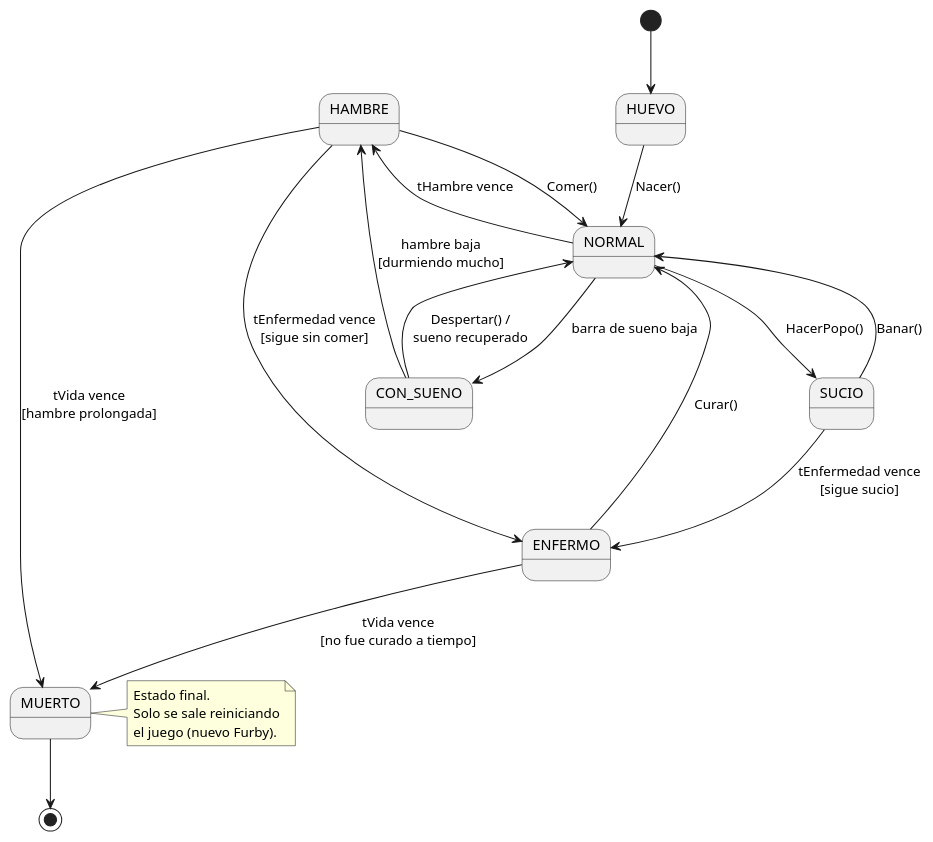
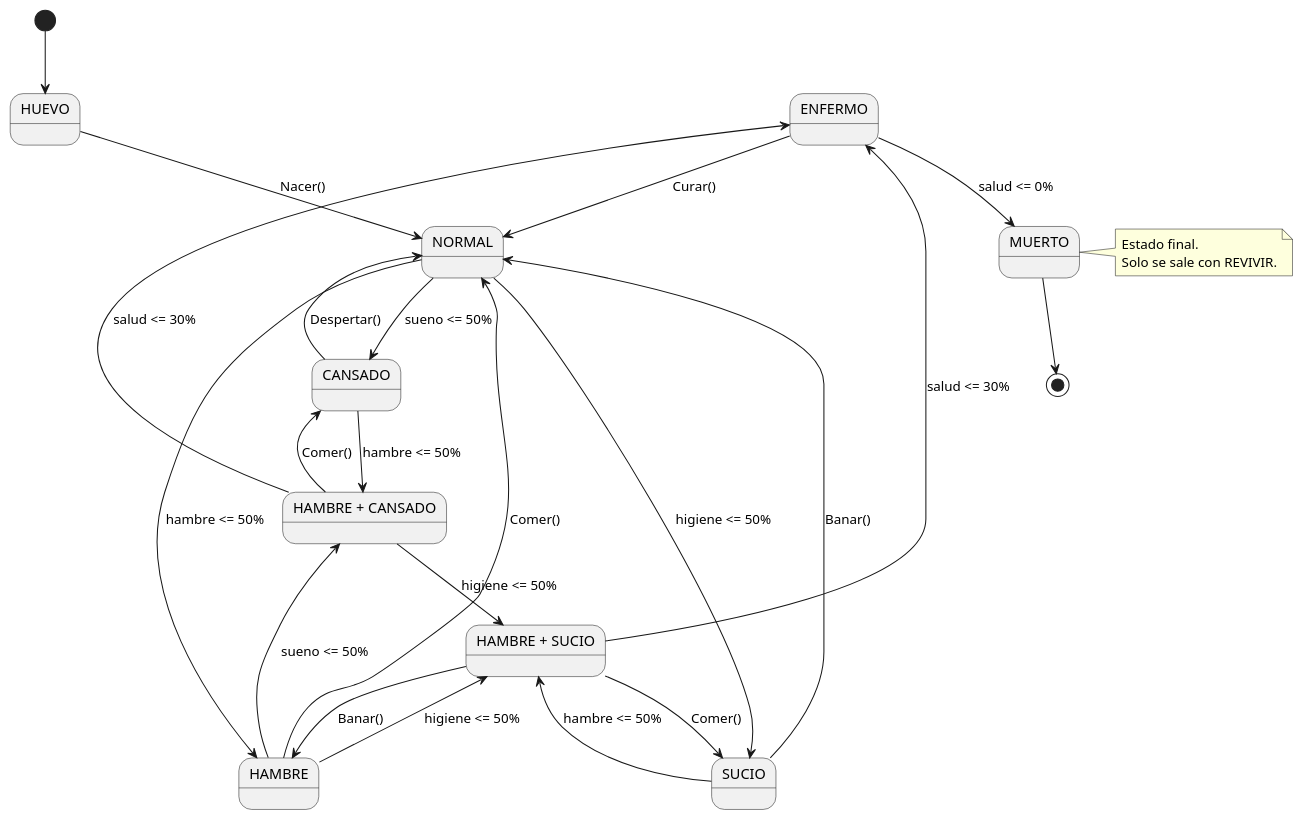
One commit to JulietaPadilla/AgenteVirtual_Furby changed the diagram in docs/diagrama_estados.puml. Above: the diagram before and after it, drawn with PlantUML. The commit also changed 21 other files, not shown here.

```diff
--- a/docs/diagrama_estados.puml
+++ b/docs/diagrama_estados.puml
@@ -1,32 +1,43 @@
 @startuml maquina_estados_furby
 
 [*] --> HUEVO
 
+state "HAMBRE + CANSADO" as HAMBRE_CANSADO
+state "HAMBRE + SUCIO" as HAMBRE_SUCIO
+state CANSADO
+
 HUEVO --> NORMAL : Nacer()
 
-NORMAL --> HAMBRE : tHambre vence
-NORMAL --> SUCIO : HacerPopo()
-NORMAL --> CON_SUENO : barra de sueno baja
+NORMAL --> HAMBRE : hambre <= 50%
+NORMAL --> SUCIO : higiene <= 50%
+NORMAL --> CANSADO : sueno <= 50%
 
-CON_SUENO --> NORMAL : Despertar() /\nsueno recuperado
-CON_SUENO --> HAMBRE : hambre baja\n[durmiendo mucho]
+CANSADO --> NORMAL : Despertar()
+CANSADO --> HAMBRE_CANSADO : hambre <= 50%
 
 HAMBRE --> NORMAL : Comer()
-HAMBRE --> ENFERMO : tEnfermedad vence\n[sigue sin comer]
-HAMBRE --> MUERTO : tVida vence\n[hambre prolongada]
+HAMBRE --> HAMBRE_CANSADO : sueno <= 50%
+HAMBRE --> HAMBRE_SUCIO : higiene <= 50%
 
 SUCIO --> NORMAL : Banar()
-SUCIO --> ENFERMO : tEnfermedad vence\n[sigue sucio]
+SUCIO --> HAMBRE_SUCIO : hambre <= 50%
 
+HAMBRE_CANSADO --> CANSADO : Comer()
+HAMBRE_CANSADO --> HAMBRE_SUCIO : higiene <= 50%
+
+HAMBRE_SUCIO --> SUCIO : Comer()
+HAMBRE_SUCIO --> HAMBRE : Banar()
+
+HAMBRE_CANSADO --> ENFERMO : salud <= 30%
+HAMBRE_SUCIO --> ENFERMO : salud <= 30%
 ENFERMO --> NORMAL : Curar()
-ENFERMO --> MUERTO : tVida vence\n[no fue curado a tiempo]
+ENFERMO --> MUERTO : salud <= 0%
 
 MUERTO --> [*]
 
 note right of MUERTO
   Estado final.
-  Solo se sale reiniciando
-  el juego (nuevo Furby).
+  Solo se sale con REVIVIR.
 end note
 
 @enduml
```
